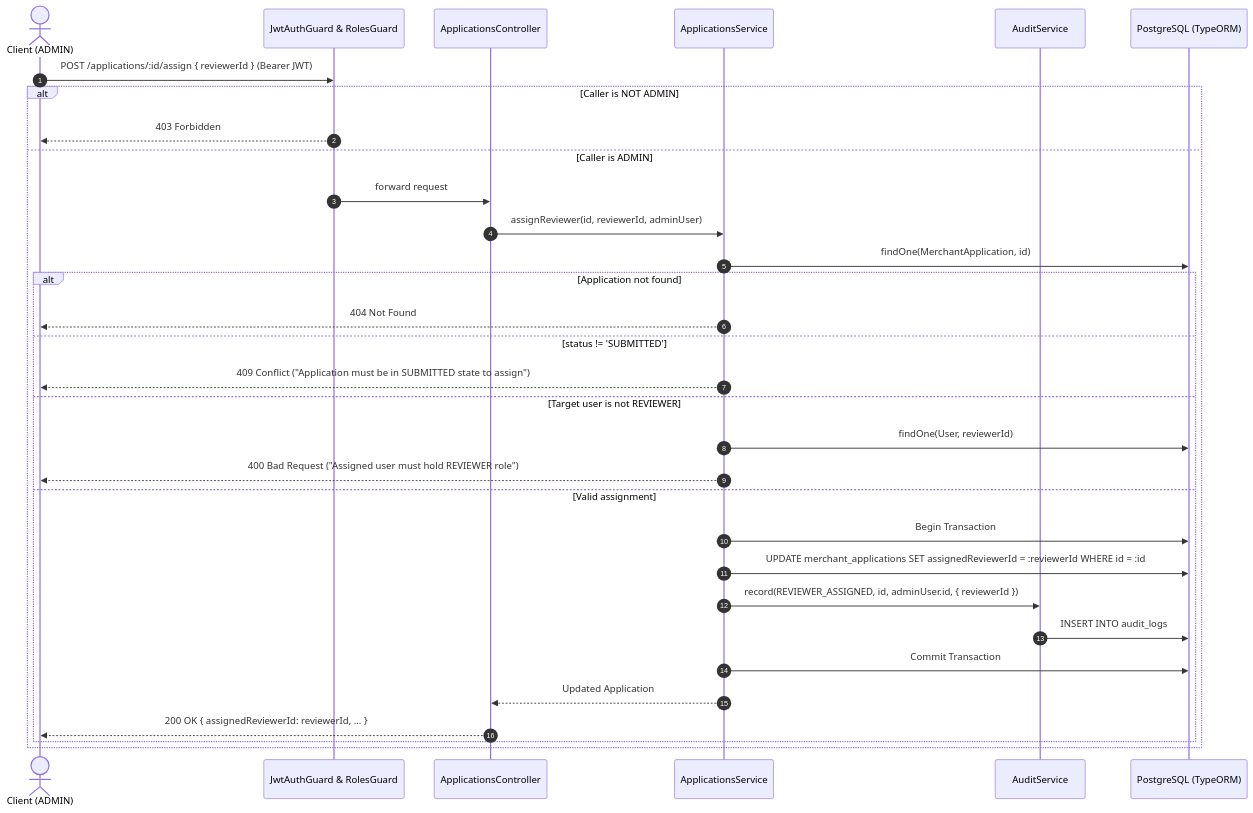
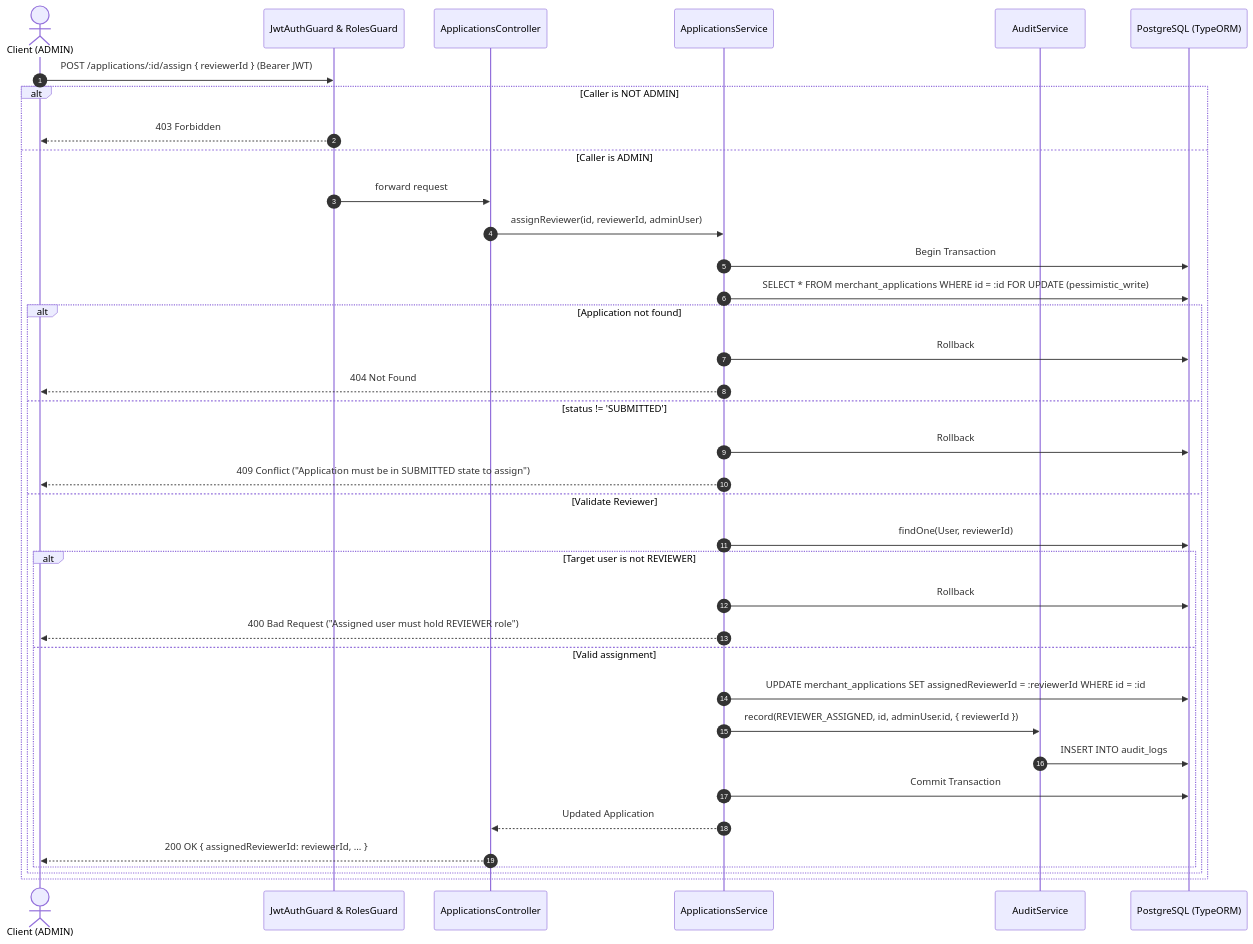
Before and after one commit to Bijayrauniyar/merchant-onboarding-api: the fifth of 9 diagrams in DESIGN.md, drawn with Mermaid. The commit also changed other lines of this file and 5 other files, not shown here.

Commit message:
fix: add pessimistic write locking and risk enqueue failure handling to applications service

````diff
--- a/DESIGN.md
+++ b/DESIGN.md
@@ -271,37 +273,42 @@
 ```mermaid
 sequenceDiagram
     autonumber
     actor Client as Client (ADMIN)
     participant Guards as JwtAuthGuard & RolesGuard
     participant AppCtrl as ApplicationsController
     participant AppSvc as ApplicationsService
     participant Audit as AuditService
     participant DB as PostgreSQL (TypeORM)
 
     Client->>Guards: POST /applications/:id/assign { reviewerId } (Bearer JWT)
     
     alt Caller is NOT ADMIN
         Guards-->>Client: 403 Forbidden
     else Caller is ADMIN
         Guards->>AppCtrl: forward request
         AppCtrl->>AppSvc: assignReviewer(id, reviewerId, adminUser)
-        AppSvc->>DB: findOne(MerchantApplication, id)
+        AppSvc->>DB: Begin Transaction
+        AppSvc->>DB: SELECT * FROM merchant_applications WHERE id = :id FOR UPDATE (pessimistic_write)
         
         alt Application not found
+            AppSvc->>DB: Rollback
             AppSvc-->>Client: 404 Not Found
         else status != 'SUBMITTED'
+            AppSvc->>DB: Rollback
             AppSvc-->>Client: 409 Conflict ("Application must be in SUBMITTED state to assign")
-        else Target user is not REVIEWER
+        else Validate Reviewer
             AppSvc->>DB: findOne(User, reviewerId)
-            AppSvc-->>Client: 400 Bad Request ("Assigned user must hold REVIEWER role")
-        else Valid assignment
-            AppSvc->>DB: Begin Transaction
-            AppSvc->>DB: UPDATE merchant_applications SET assignedReviewerId = :reviewerId WHERE id = :id
-            AppSvc->>Audit: record(REVIEWER_ASSIGNED, id, adminUser.id, { reviewerId })
-            Audit->>DB: INSERT INTO audit_logs
-            AppSvc->>DB: Commit Transaction
-            AppSvc-->>AppCtrl: Updated Application
-            AppCtrl-->>Client: 200 OK { assignedReviewerId: reviewerId, ... }
+            alt Target user is not REVIEWER
+                AppSvc->>DB: Rollback
+                AppSvc-->>Client: 400 Bad Request ("Assigned user must hold REVIEWER role")
+            else Valid assignment
+                AppSvc->>DB: UPDATE merchant_applications SET assignedReviewerId = :reviewerId WHERE id = :id
+                AppSvc->>Audit: record(REVIEWER_ASSIGNED, id, adminUser.id, { reviewerId })
+                Audit->>DB: INSERT INTO audit_logs
+                AppSvc->>DB: Commit Transaction
+                AppSvc-->>AppCtrl: Updated Application
+                AppCtrl-->>Client: 200 OK { assignedReviewerId: reviewerId, ... }
+            end
         end
     end
 ```
````
